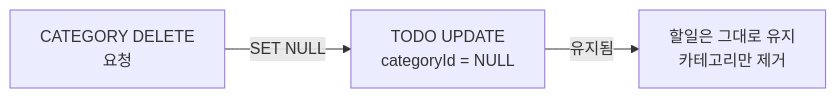
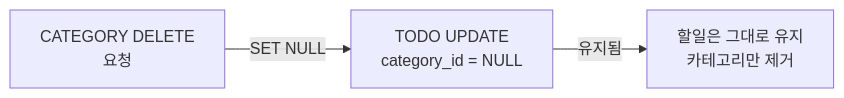
Before and after one commit to realbackok-ctrl/todolista-app: the third of 3 diagrams in docs/6-erd.md, drawn with Mermaid. The commit also changed other lines of this file and 45 other files, not shown here.

````diff
--- a/docs/6-erd.md
+++ b/docs/6-erd.md
@@ -208,10 +208,10 @@
 ```mermaid
 graph LR
     CatDelete["CATEGORY DELETE<br/>요청"]
     
-    TodoUpdate["TODO UPDATE<br/>categoryId = NULL"]
+    TodoUpdate["TODO UPDATE<br/>category_id = NULL"]
     
     CatDelete -->|SET NULL| TodoUpdate
     
     TodoUpdate -->|유지됨| TodoKept["할일은 그대로 유지<br/>카테고리만 제거"]
 ```
````
